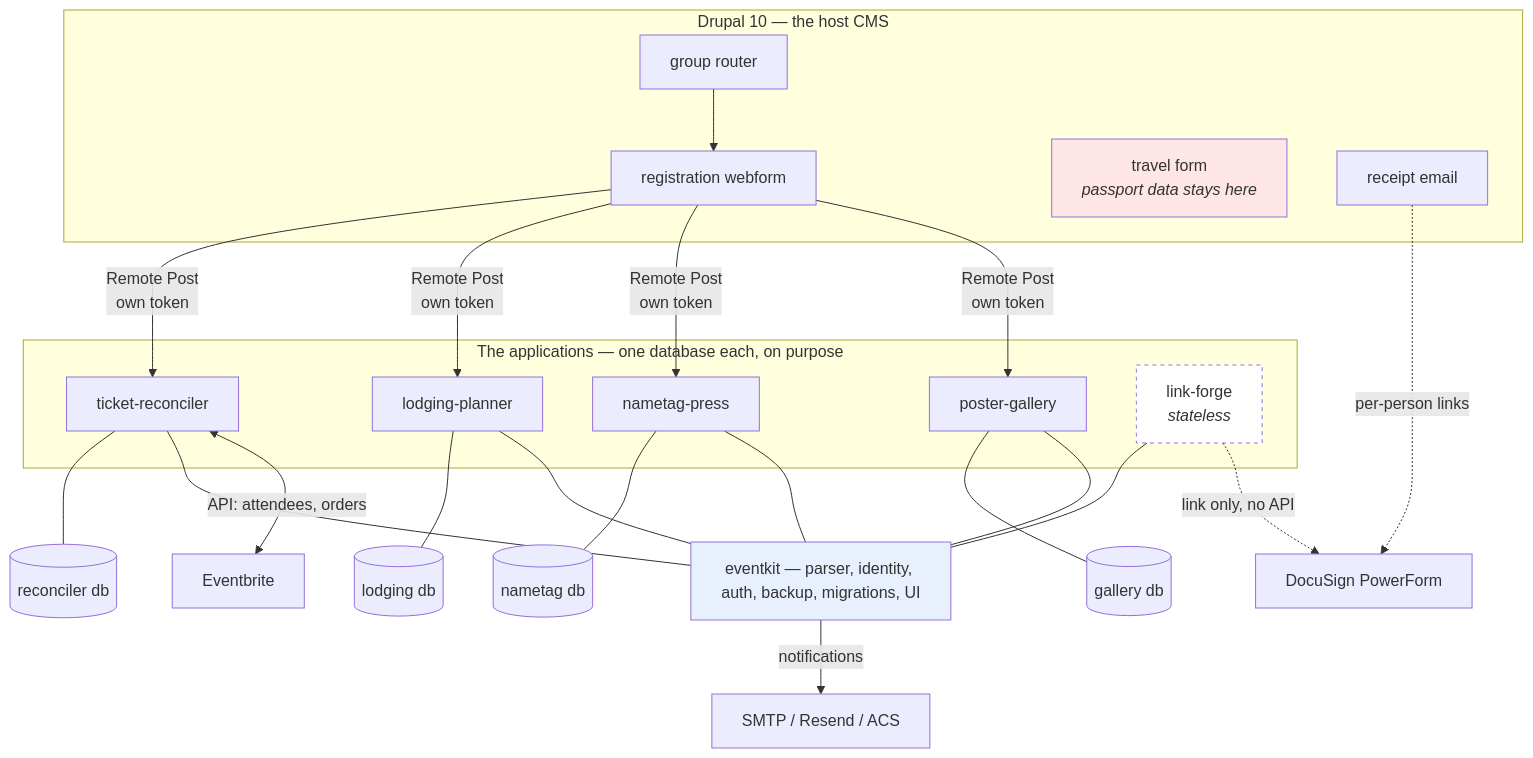
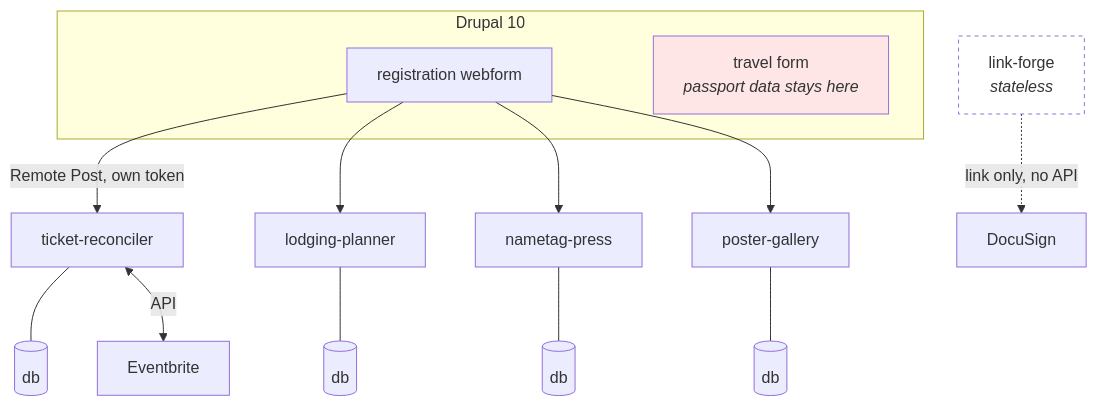
One commit to pu-shd/event-stack changed the diagram in docs/ARCHITECTURE.md. Above: the diagram before and after it, drawn with Mermaid. The commit also changed other lines of this file and 14 other files, not shown here.

````diff
--- a/docs/ARCHITECTURE.md
+++ b/docs/ARCHITECTURE.md
@@ -8,53 +6,30 @@
 ```mermaid
 graph TB
-    subgraph host["Drupal 10 — the host CMS"]
+    subgraph drupal["Drupal 10"]
         REG["registration webform"]
-        ROUTER["group router"]
         TRAVEL["travel form<br/><i>passport data stays here</i>"]
-        RECEIPT["receipt email"]
     end
 
-    subgraph apps["The applications — one database each, on purpose"]
-        TR["ticket-reconciler"]
-        LP["lodging-planner"]
-        NP["nametag-press"]
-        PG["poster-gallery"]
-        LF["link-forge<br/><i>stateless</i>"]
-    end
+    TR["ticket-reconciler"]; LP["lodging-planner"]
+    NP["nametag-press"];    PG["poster-gallery"]
+    LF["link-forge<br/><i>stateless</i>"]
 
-    TRDB[("reconciler db")]
-    LPDB[("lodging db")]
-    NPDB[("nametag db")]
-    PGDB[("gallery db")]
-
+    TRDB[("db")]; LPDB[("db")]; NPDB[("db")]; PGDB[("db")]
     TR --- TRDB
     LP --- LPDB
     NP --- NPDB
     PG --- PGDB
 
-    EK["eventkit — parser, identity, auth, backup, migrations, UI"]
-    TR --- EK
-    LP --- EK
-    NP --- EK
-    PG --- EK
-    LF --- EK
-
-    REG -->|"Remote Post<br/>own token"| TR
-    REG -->|"Remote Post<br/>own token"| LP
-    REG -->|"Remote Post<br/>own token"| NP
-    REG -->|"Remote Post<br/>own token"| PG
-    ROUTER --> REG
+    REG -->|"Remote Post, own token"| TR
+    REG --> LP
+    REG --> NP
+    REG --> PG
 
     EB["Eventbrite"]
-    DS["DocuSign PowerForm"]
-    SMTP["SMTP / Resend / ACS"]
-
-    TR <-->|"API: attendees, orders"| EB
+    DS["DocuSign"]
+    TR <-->|API| EB
     LF -.->|"link only, no API"| DS
-    EK -->|"notifications"| SMTP
-    RECEIPT -.->|"per-person links"| DS
 
     style LF fill:#fff,stroke-dasharray: 4 4
     style TRAVEL fill:#ffe6e6
-    style EK fill:#e8f0fe
 ```
````
